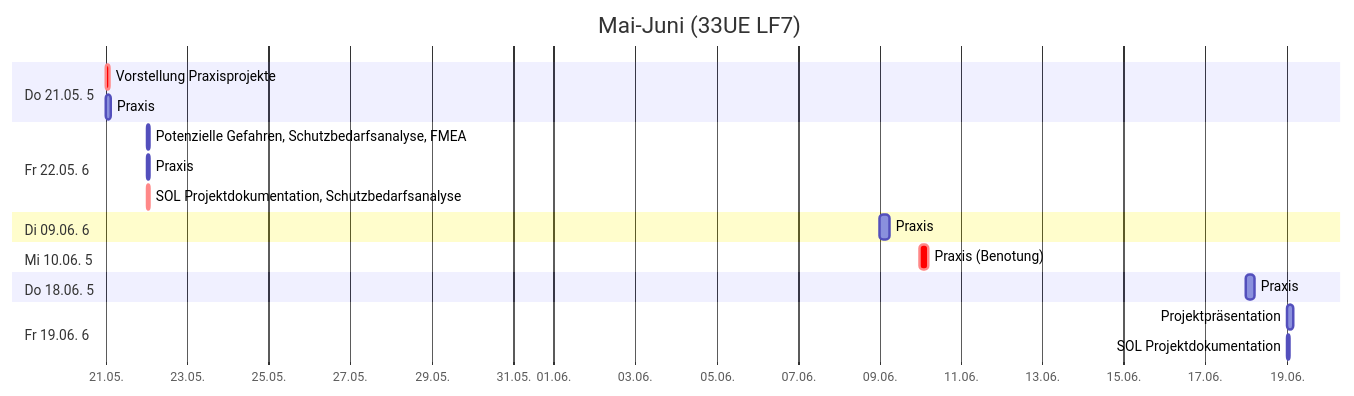
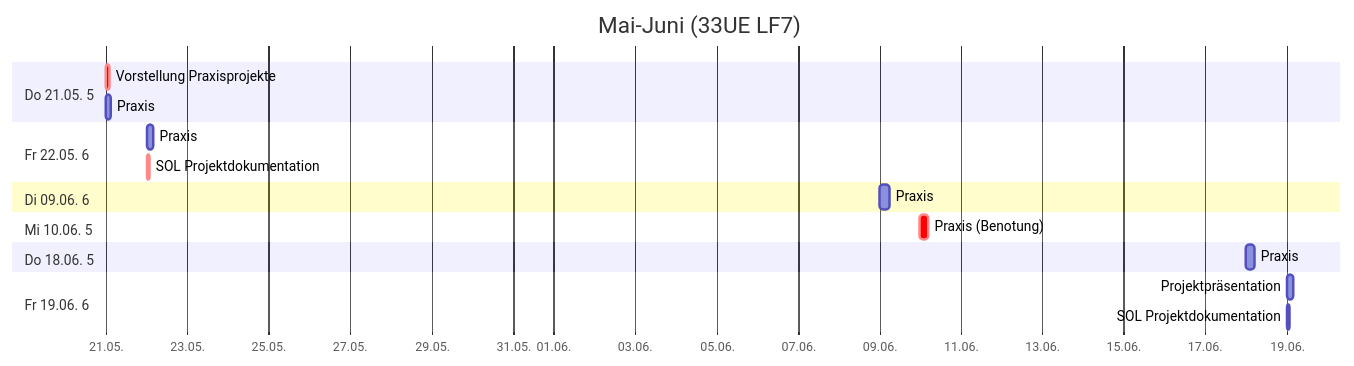
The sixth of 6 diagrams in src/plan.md (johannesloetzsch/LF7), drawn with Mermaid before and after one commit. The commit also changed other lines of this file and 3 other files, not shown here.

````diff
--- a/src/plan.md
+++ b/src/plan.md
@@ -113,22 +113,21 @@
 ```mermaid
 gantt
  title Mai-Juni (33UE LF7)
  dateFormat YYYY-MM-DD
  axisFormat %d.%m.
  section Do 21.05. 5
   Vorstellung Praxisprojekte    :crit, 2026-05-21, 2h
   Praxis                        :2026-05-21, 3h
  section Fr 22.05. 6
-  Potenzielle Gefahren, Schutzbedarfsanalyse, FMEA  :2026-05-22, 2h
-  Praxis                        :2026-05-22, 2h
-  SOL Projektdokumentation, Schutzbedarfsanalyse    :crit, 2026-05-22, 2h
+  Praxis                        :2026-05-22, 4h
+  SOL Projektdokumentation                          :crit, 2026-05-22, 2h
  section Di 09.06. 6
   Praxis                        :2026-06-09, 6h
  section Mi 10.06. 5
   Praxis (Benotung)             :crit, 2026-06-10, 5h
  section Do 18.06. 5
   Praxis                        :2026-06-18, 5h
  section Fr 19.06. 6
   Projektpräsentation           :2026-06-19, 4h
   SOL Projektdokumentation      :2026-06-19, 2h
 ```
````
